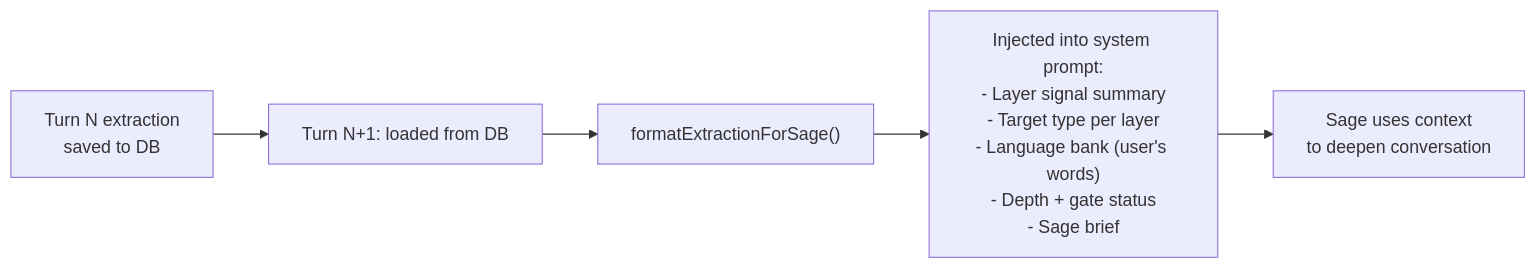
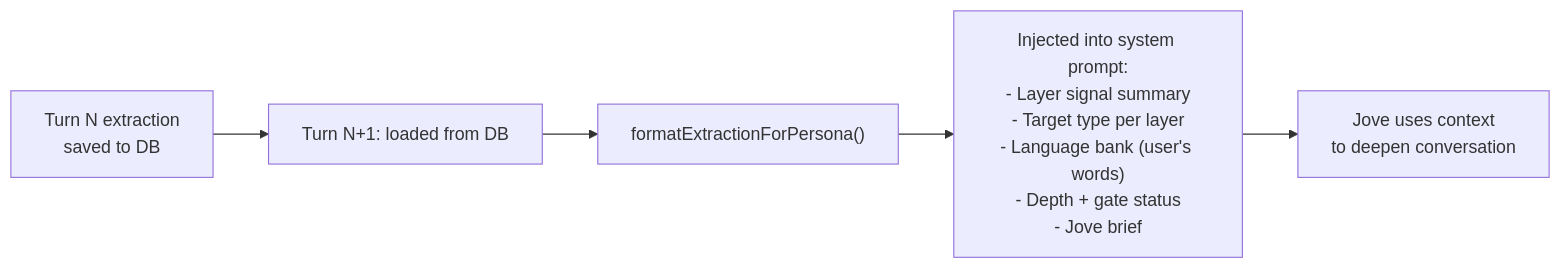
Before and after one commit to h2onation/mantle: the third of 3 diagrams in .claude/diagrams/extraction-pipeline.md, drawn with Mermaid. The commit also changed other lines of this file and 16 other files, not shown here.

````diff
--- a/.claude/diagrams/extraction-pipeline.md
+++ b/.claude/diagrams/extraction-pipeline.md
@@ -48,7 +48,7 @@
 ```mermaid
 flowchart LR
     A["Turn N extraction<br/>saved to DB"] --> B["Turn N+1: loaded from DB"]
-    B --> C["formatExtractionForSage()"]
-    C --> D["Injected into system prompt:<br/>- Layer signal summary<br/>- Target type per layer<br/>- Language bank (user's words)<br/>- Depth + gate status<br/>- Sage brief"]
-    D --> E["Sage uses context<br/>to deepen conversation"]
+    B --> C["formatExtractionForPersona()"]
+    C --> D["Injected into system prompt:<br/>- Layer signal summary<br/>- Target type per layer<br/>- Language bank (user's words)<br/>- Depth + gate status<br/>- Jove brief"]
+    D --> E["Jove uses context<br/>to deepen conversation"]
 ```
````
